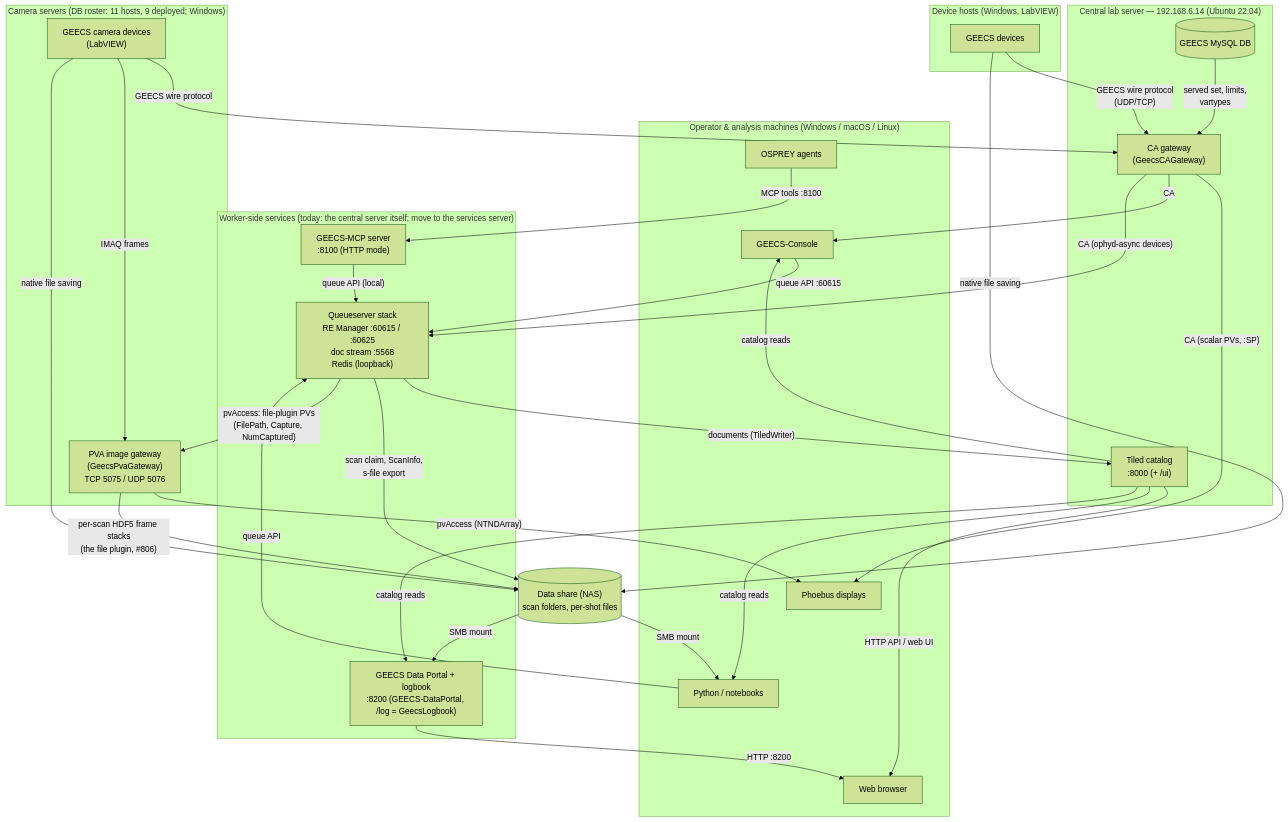
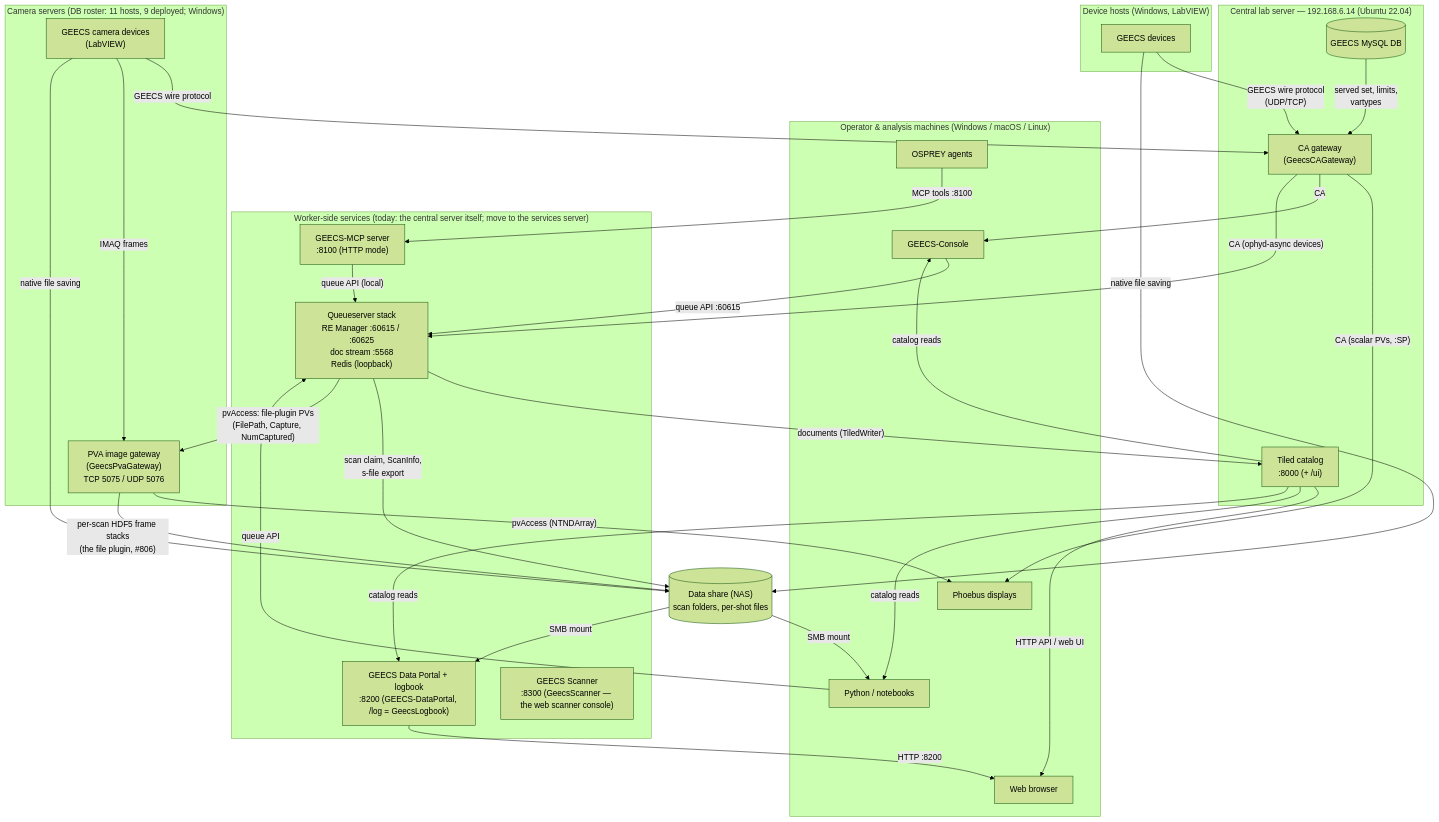
The diagram in docs/platform/fleet_map.md (GEECS-BELLA/GEECS-Plugins), drawn with Mermaid (forest theme) before and after one commit. The commit also changed other lines of this file and 31 other files, not shown here.

First line of the commit message:
GeecsScanner 0.1.0: the web scanner's service layer and HTTP API — PR 2 of the web scanner arc

````diff
--- a/docs/platform/fleet_map.md
+++ b/docs/platform/fleet_map.md
@@ -45,63 +45,64 @@
 ```mermaid
 flowchart TB
     subgraph clients["Operator & analysis machines (Windows / macOS / Linux)"]
         console["GEECS-Console"]
         phoebus["Phoebus displays"]
         nb["Python / notebooks"]
         osprey["OSPREY agents"]
         browser["Web browser"]
     end
 
     subgraph central["Central lab server — 192.168.6.14 (Ubuntu 22.04)"]
         cagw["CA gateway<br/>(GeecsCAGateway)"]
         tiled["Tiled catalog<br/>:8000 (+ /ui)"]
         db[("GEECS MySQL DB")]
     end
 
     subgraph worker["Worker-side services (today: the central server itself; move to the services server)"]
         qs["Queueserver stack<br/>RE Manager :60615 / :60625<br/>doc stream :5568<br/>Redis (loopback)"]
         mcp["GEECS-MCP server<br/>:8100 (HTTP mode)"]
         portal["GEECS Data Portal + logbook<br/>:8200 (GEECS-DataPortal, /log = GeecsLogbook)"]
+        scanner["GEECS Scanner<br/>:8300 (GeecsScanner — the web scanner console)"]
     end
 
     subgraph camsrv["Camera servers (DB roster: 11 hosts, 9 deployed; Windows)"]
         cams["GEECS camera devices<br/>(LabVIEW)"]
         pvagw["PVA image gateway<br/>(GeecsPvaGateway)<br/>TCP 5075 / UDP 5076"]
     end
 
     subgraph devhosts["Device hosts (Windows, LabVIEW)"]
         devs["GEECS devices"]
     end
 
     nas[("Data share (NAS)<br/>scan folders, per-shot files")]
 
     devs -- "GEECS wire protocol<br/>(UDP/TCP)" --> cagw
     cams -- "GEECS wire protocol" --> cagw
     cams -- "IMAQ frames" --> pvagw
     db -- "served set, limits,<br/>vartypes" --> cagw
 
     cagw -- "CA (scalar PVs, :SP)" --> phoebus
     cagw -- "CA" --> console
     cagw -- "CA (ophyd-async devices)" --> qs
     pvagw -- "pvAccess (NTNDArray)" --> phoebus
 
     console -- "queue API :60615" --> qs
     nb -- "queue API" --> qs
     osprey -- "MCP tools :8100" --> mcp
     mcp -- "queue API (local)" --> qs
 
     qs -- "documents (TiledWriter)" --> tiled
     qs -- "scan claim, ScanInfo,<br/>s-file export" --> nas
     qs -- "pvAccess: file-plugin PVs<br/>(FilePath, Capture, NumCaptured)" --> pvagw
     pvagw -- "per-scan HDF5 frame stacks<br/>(the file plugin, #806)" --> nas
     cams -- "native file saving" --> nas
     devs -- "native file saving" --> nas
 
     tiled -- "HTTP API / web UI" --> browser
     tiled -- "catalog reads" --> console
     tiled -- "catalog reads" --> nb
     tiled -- "catalog reads" --> portal
     nas -- "SMB mount" --> portal
     portal -- "HTTP :8200" --> browser
     nas -- "SMB mount" --> nb
 ```
````
